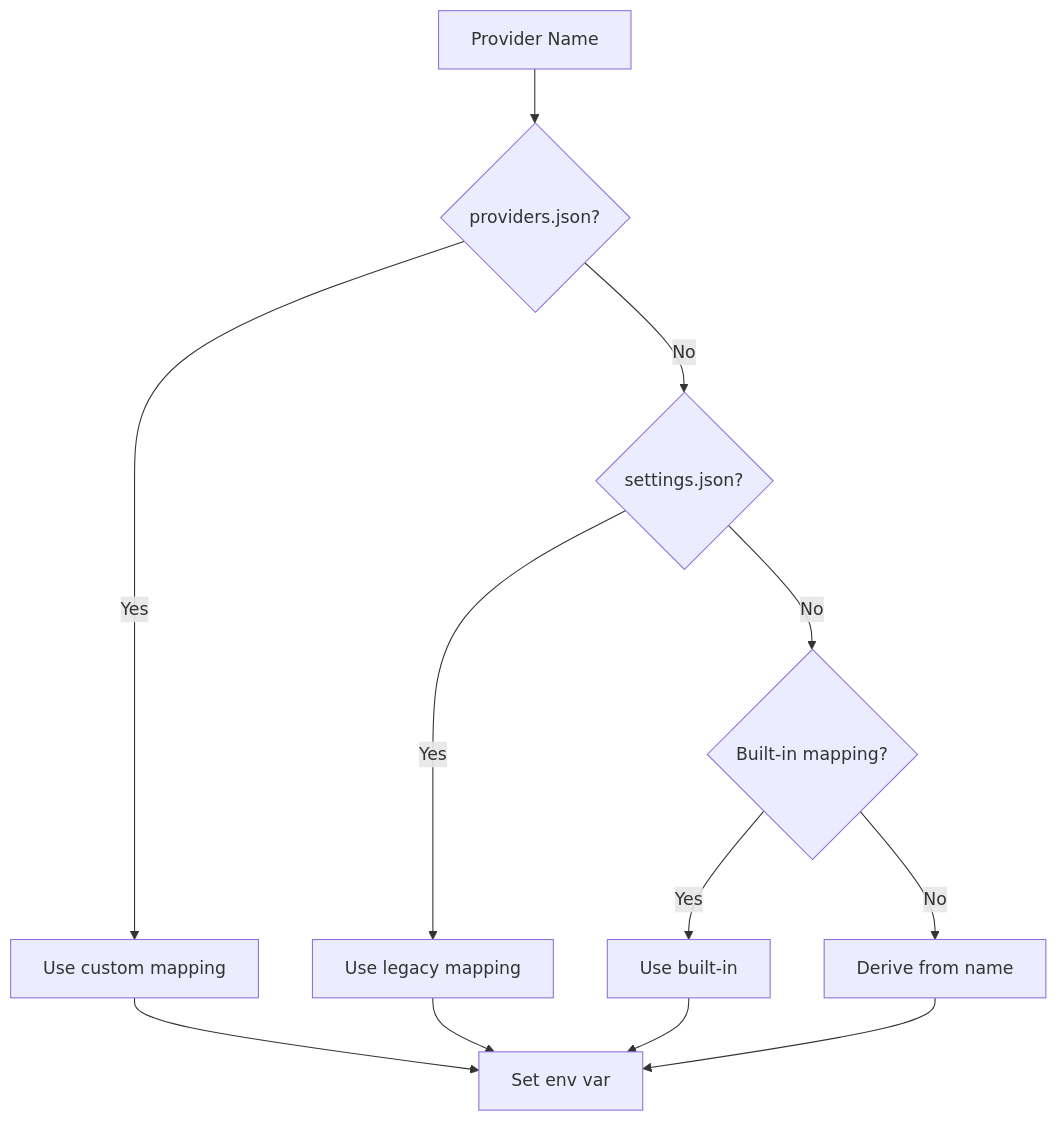
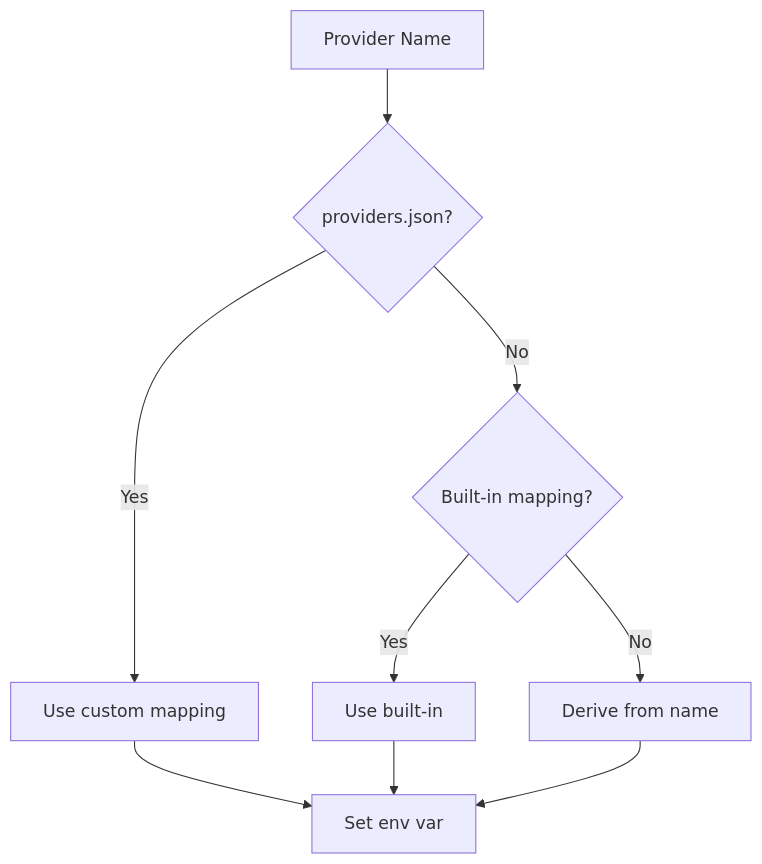
One commit to dkmnx/pyx changed the diagram in docs/reference/providers.md. Above: the diagram before and after it, drawn with Mermaid. The commit also changed other lines of this file and 2 other files, not shown here.

Commit message:
docs: remove legacy passphrase and settings.json references from documentation

````diff
--- a/docs/reference/providers.md
+++ b/docs/reference/providers.md
@@ -9,15 +9,12 @@
 ```mermaid
 graph TD
     A[Provider Name] --> B{providers.json?}
     B -->|Yes| C[Use custom mapping]
-    B -->|No| D{settings.json?}
-    D -->|Yes| E[Use legacy mapping]
-    D -->|No| F{Built-in mapping?}
-    F -->|Yes| G[Use built-in]
-    F -->|No| H[Derive from name]
+    B -->|No| D{Built-in mapping?}
+    D -->|Yes| E[Use built-in]
+    D -->|No| F[Derive from name]
     
     C --> Z[Set env var]
     E --> Z
-    G --> Z
-    H --> Z
+    F --> Z
 ```
````
